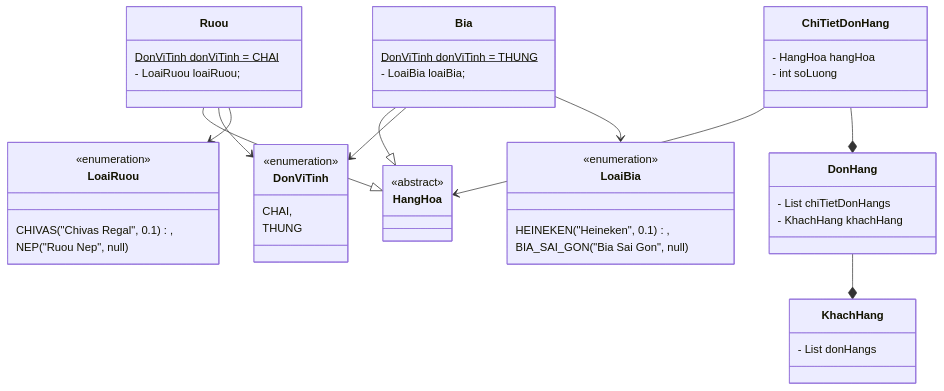
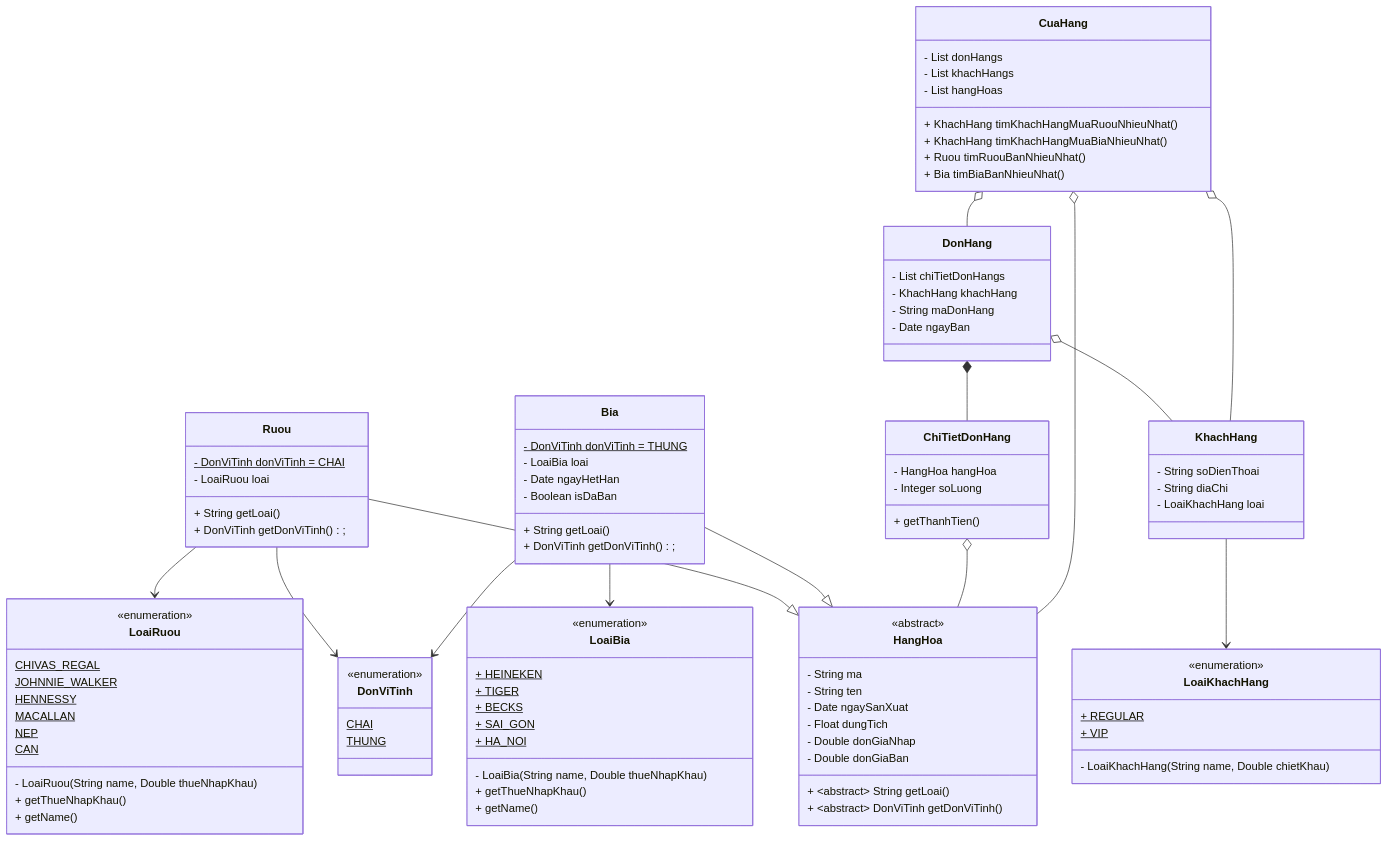
The diagram in class-diagram.md (longhbuit/oop), drawn with Mermaid before and after one commit. The commit also changed other lines of this file, not shown here.

Commit message:
Class diagram

````diff
--- a/class-diagram.md
+++ b/class-diagram.md
@@ -2,59 +2,125 @@
 classDiagram
     class HangHoa {
         <<abstract>>
+        - String ma
+        - String ten
+        - Date ngaySanXuat
+        - Float dungTich
+        - Double donGiaNhap
+        - Double donGiaBan
         
-    }
-    
-    class Ruou {
-        DonViTinh donViTinh = CHAI$
-        - LoaiRuou loaiRuou;
-    }
-    
-    class Bia {
-        DonViTinh donViTinh = THUNG$
-        - LoaiBia loaiBia;
+        + &lt;abstract> String getLoai()
+        + &lt;abstract> DonViTinh getDonViTinh()
     }
     
     class DonViTinh {
         <<enumeration>>
-        CHAI, 
-        THUNG
+        CHAI$
+        THUNG$
     }
     
     class LoaiRuou {
         <<enumeration>>
-        CHIVAS("Chivas Regal", 0.1),
-        NEP("Ruou Nep", null)
+        CHIVAS_REGAL$
+        JOHNNIE_WALKER$
+        HENNESSY$
+        MACALLAN$
+        NEP$
+        CAN$
+        
+        - LoaiRuou(String name, Double thueNhapKhau)
+        + getThueNhapKhau()
+        + getName()
     }
+%%    note for LoaiRuou "Loại rượu có thuế nhập khẩu khác NULL là rượu ngoại"
     
     class LoaiBia {
         <<enumeration>>
-        HEINEKEN("Heineken", 0.1),
-        BIA_SAI_GON("Bia Sai Gon", null)
+        + HEINEKEN$
+        + TIGER$
+        + BECKS$
+        + SAI_GON$
+        + HA_NOI$
+        
+        - LoaiBia(String name, Double thueNhapKhau)
+        + getThueNhapKhau()
+        + getName()
+    }
+%%    note for LoaiBia "Loại bia có thuế nhập khẩu khác NULL là bia ngoại"    
+    
+    class Ruou {
+        - DonViTinh donViTinh = CHAI$
+        - LoaiRuou loai
+        + String getLoai()
+        + DonViTinh getDonViTinh();
     }
     
     Ruou --|> HangHoa
+    Ruou --> DonViTinh
+    Ruou --> LoaiRuou
+%%    note for Ruou "Rượu là một loại hàng hoá\n Rượu có đơn vị tính là CHAI\n Rượu có loại rượu là LoaiRuou"
+    
+    class Bia {
+        - DonViTinh donViTinh = THUNG$
+        - LoaiBia loai
+        - Date ngayHetHan
+        - Boolean isDaBan
+        + String getLoai()
+        + DonViTinh getDonViTinh();
+    }
     Bia --|> HangHoa
-    Ruou --> DonViTinh
     Bia --> DonViTinh
-    Ruou --> LoaiRuou
     Bia --> LoaiBia
+%%    note for Bia "Bia là một loại hàng hoá\n Bia sử dụng đơn vị tính là THUNG\n Bia có loại bia là LoaiBia"
     
     class ChiTietDonHang {
         - HangHoa hangHoa
-        - int soLuong
+        - Integer soLuong
+        
+        + getThanhTien()
     }
+    
+    ChiTietDonHang o-- HangHoa
+%%    note for ChiTietDonHang "Chi tiết đơn hàng tham chiếu thông tin về hàng hóa"
+
+    class LoaiKhachHang {
+        <<enumeration>>
+        + REGULAR$
+        + VIP$
+        
+        - LoaiKhachHang(String name, Double chietKhau)
+    }
+    
+    class KhachHang {
+        - String soDienThoai
+        - String diaChi
+        - LoaiKhachHang loai
+    }
+    KhachHang --> LoaiKhachHang
+    
     class DonHang {
         - List<ChiTietDonHang> chiTietDonHangs
         - KhachHang khachHang
+        - String maDonHang
+        - Date ngayBan
+    }
+    DonHang *-- ChiTietDonHang
+    DonHang o-- KhachHang
+    
+%%    note for DonHang "Đơn hàng tham chiếu thông tin về khách hàng \n Đơn hàng chứa các chi tiết đơn hàng"
+
+    class CuaHang {
+        - List<DonHang> donHangs
+        - List<KhachHang> khachHangs
+        - List<HangHoa> hangHoas
+        
+        + KhachHang timKhachHangMuaRuouNhieuNhat()
+        + KhachHang timKhachHangMuaBiaNhieuNhat()
+        + Ruou timRuouBanNhieuNhat()
+        + Bia timBiaBanNhieuNhat()
     }
     
-    class KhachHang {
-        - List<DonHang> donHangs
-    }
-    
-    ChiTietDonHang --> HangHoa
-    ChiTietDonHang --* DonHang
-    DonHang --* KhachHang
-    
+    CuaHang o-- DonHang
+    CuaHang o-- KhachHang
+    CuaHang o-- HangHoa
 ```
````
